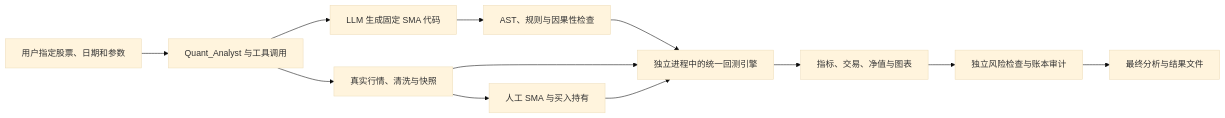
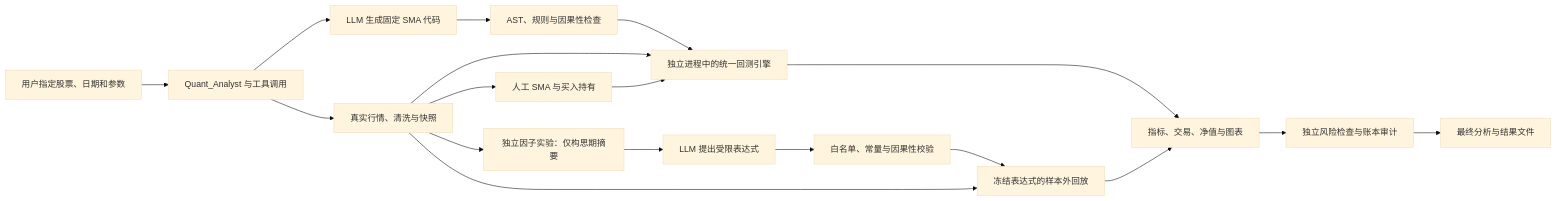
One commit to Li018/Finrobot_MFM5110FinalProject_V2 changed the diagram in README.md. Above: the diagram before and after it, drawn with Mermaid (base theme). The commit also changed other lines of this file and 898 other files, not shown here.

````diff
--- a/README.md
+++ b/README.md
@@ -313,14 +361,20 @@
 ```mermaid
 flowchart LR
     U[用户指定股票、日期和参数] --> Q[Quant_Analyst 与工具调用]
     Q --> D[真实行情、清洗与快照]
     D --> M[人工 SMA 与买入持有]
     Q --> L[LLM 生成固定 SMA 代码]
     L --> V[AST、规则与因果性检查]
     V --> E[独立进程中的统一回测引擎]
     D --> E
     M --> E
     E --> R[指标、交易、净值与图表]
+    D --> S[独立因子实验：仅构思期摘要]
+    S --> T[LLM 提出受限表达式]
+    T --> V2[白名单、常量与因果性校验]
+    V2 --> F[冻结表达式的样本外回放]
+    D --> F
+    F --> R
     R --> A[独立风险检查与账本审计]
     A --> O[最终分析与结果文件]
 ```
````
